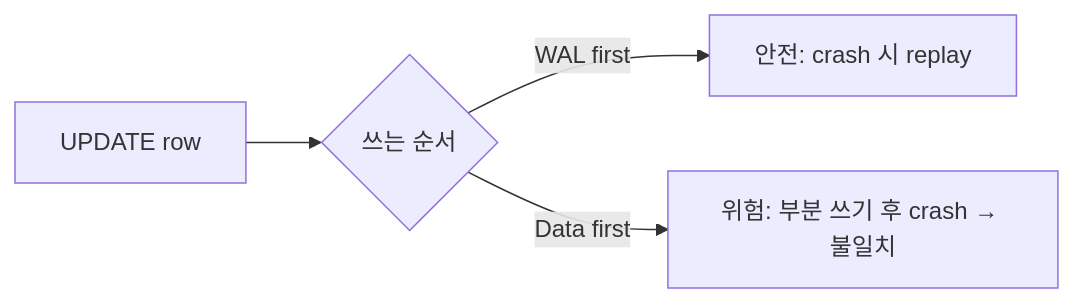
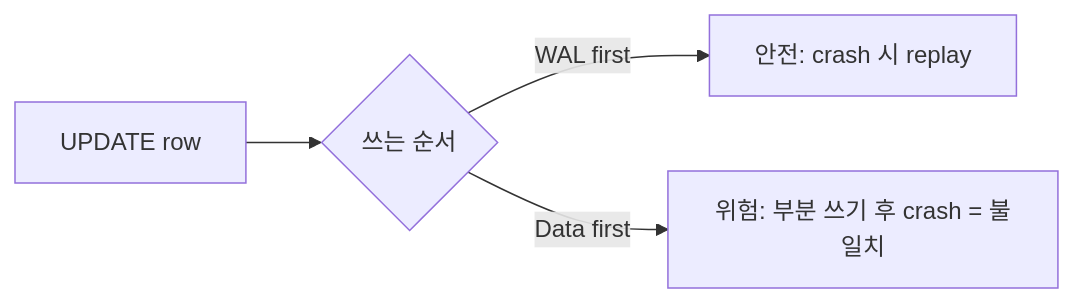
Before and after one commit to shinkeonkim/shinkeonkim.github.io: the first of 11 diagrams in src/content/wiki/database-internals/wal-write-ahead-log.mdx, drawn with Mermaid. The commit also changed other lines of this file and 526 other files, not shown here.

First line of the commit message:
content(wiki): 전수조사 및 대규모 보강 (짧은 파일 0, mermaid +645)

````diff
--- a/src/content/wiki/database-internals/wal-write-ahead-log.mdx
+++ b/src/content/wiki/database-internals/wal-write-ahead-log.mdx
@@ -22,6 +33,6 @@
 ```mermaid
 flowchart LR
-    Op[UPDATE row] --> Decide{쓰는 순서}
-    Decide -->|"WAL first"| Safe[안전: crash 시 replay]
-    Decide -->|"Data first"| Unsafe[위험: 부분 쓰기 후 crash → 불일치]
+    Op["UPDATE row"] --> Decide{"쓰는 순서"}
+    Decide -->|"WAL first"| Safe["안전: crash 시 replay"]
+    Decide -->|"Data first"| Unsafe["위험: 부분 쓰기 후 crash = 불일치"]
 ```
````
